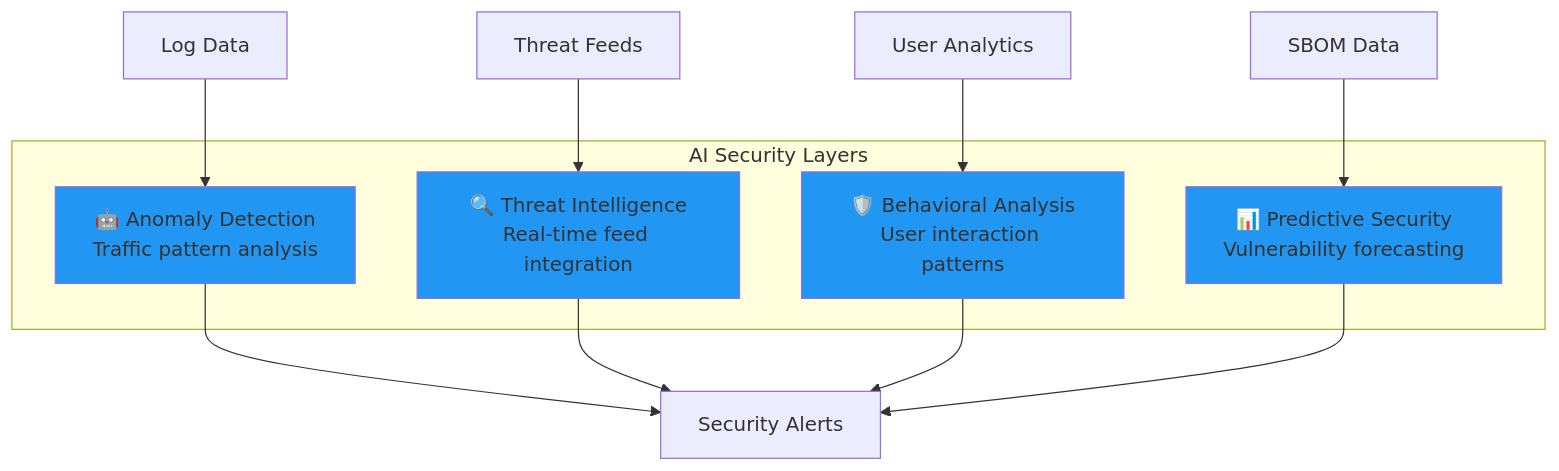
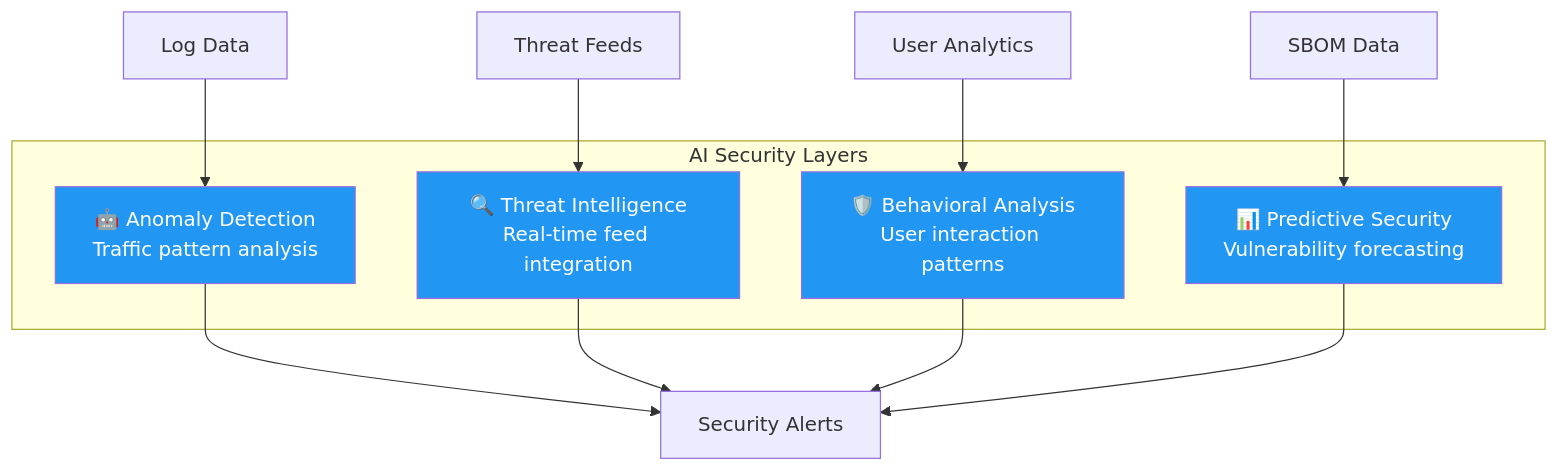
One commit to Hack23/riksdagsmonitor changed the fourth of 9 diagrams in FUTURE_SECURITY_ARCHITECTURE.md. Above: the diagram before and after it, drawn with Mermaid. The commit also changed other lines of this file and 11 other files, not shown here.

First line of the commit message:
Fix broken mermaid diagrams: SWOT gantt, quadrantChart theming, init quotes, text colors

````diff
--- a/FUTURE_SECURITY_ARCHITECTURE.md
+++ b/FUTURE_SECURITY_ARCHITECTURE.md
@@ -287,24 +287,24 @@
 ```mermaid
 graph TB
     subgraph "AI Security Layers"
         A1[🤖 Anomaly Detection<br/>Traffic pattern analysis]
         A2[🔍 Threat Intelligence<br/>Real-time feed integration]
         A3[🛡️ Behavioral Analysis<br/>User interaction patterns]
         A4[📊 Predictive Security<br/>Vulnerability forecasting]
     end
     
     Data[Log Data] --> A1
     External[Threat Feeds] --> A2
     Analytics[User Analytics] --> A3
     SBOM[SBOM Data] --> A4
     
     A1 --> Alerts[Security Alerts]
     A2 --> Alerts
     A3 --> Alerts
     A4 --> Alerts
     
-    style A1 fill:#2196f3
-    style A2 fill:#2196f3
-    style A3 fill:#2196f3
-    style A4 fill:#2196f3
+    style A1 fill:#2196f3,color:#ffffff
+    style A2 fill:#2196f3,color:#ffffff
+    style A3 fill:#2196f3,color:#ffffff
+    style A4 fill:#2196f3,color:#ffffff
 ```
````
